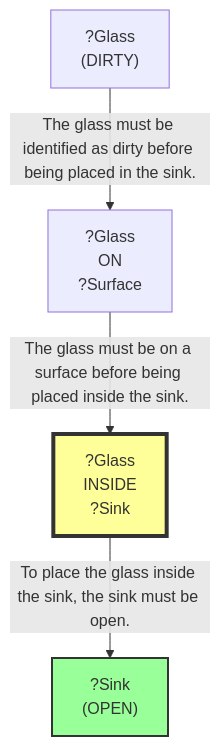
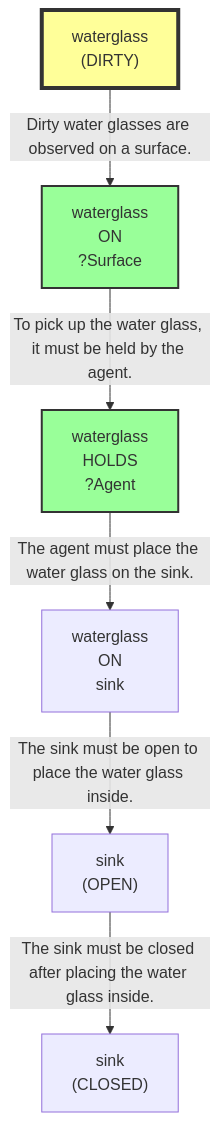
The seventh of 10 diagrams in evaluation/results/table4/_raw/qwen/run_T4_qwen_M1_03.md (scuama/virtualhome), drawn with Mermaid before and after one commit. The commit also changed other lines of this file and 368 other files, not shown here.

````diff
--- a/evaluation/results/table4/_raw/qwen/run_T4_qwen_M1_03.md
+++ b/evaluation/results/table4/_raw/qwen/run_T4_qwen_M1_03.md
@@ -624,12 +572,17 @@
 ```mermaid
 graph TD
-    N1["?Glass<br>(DIRTY)"]
-    N2["?Glass<br>ON<br>?Surface"]
-    N3["?Glass<br>INSIDE<br>?Sink"]
-    style N3 fill:#ff9,stroke:#333,stroke-width:4px
-    N4["?Sink<br>(OPEN)"]
-    style N4 fill:#9f9,stroke:#333,stroke-width:2px
-    N3 -->|"To place the glass inside the sink, the sink must be open."| N4
-    N2 -->|"The glass must be on a surface before being placed inside the sink."| N3
-    N1 -->|"The glass must be identified as dirty before being placed in the sink."| N2
+    N1["waterglass<br>(DIRTY)"]
+    style N1 fill:#ff9,stroke:#333,stroke-width:4px
+    N2["waterglass<br>ON<br>?Surface"]
+    style N2 fill:#9f9,stroke:#333,stroke-width:2px
+    N3["waterglass<br>HOLDS<br>?Agent"]
+    style N3 fill:#9f9,stroke:#333,stroke-width:2px
+    N4["waterglass<br>ON<br>sink"]
+    N5["sink<br>(OPEN)"]
+    N6["sink<br>(CLOSED)"]
+    N1 -->|"Dirty water glasses are observed on a surface."| N2
+    N2 -->|"To pick up the water glass, it must be held by the agent."| N3
+    N3 -->|"The agent must place the water glass on the sink."| N4
+    N4 -->|"The sink must be open to place the water glass inside."| N5
+    N5 -->|"The sink must be closed after placing the water glass inside."| N6
 ```
````
